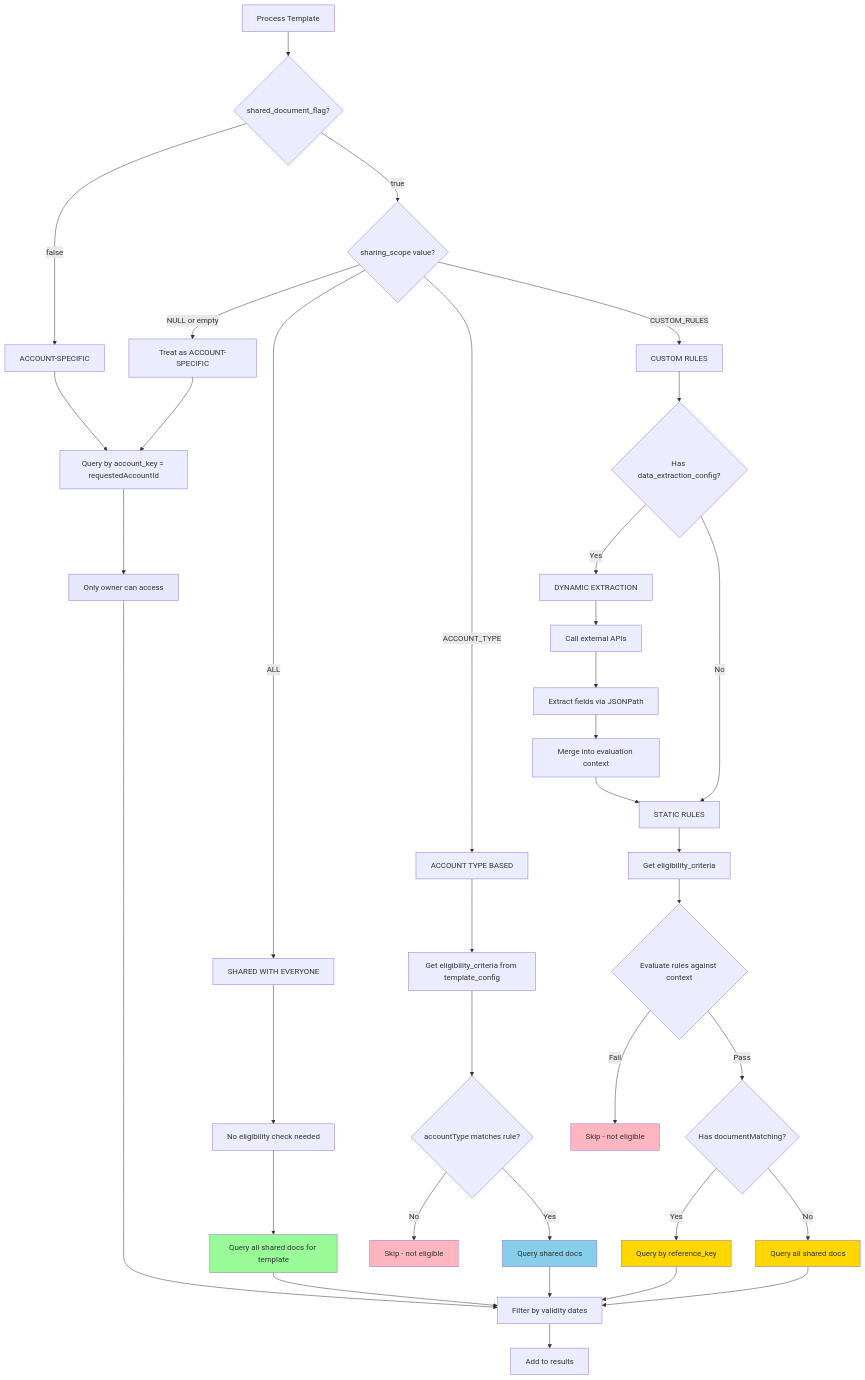
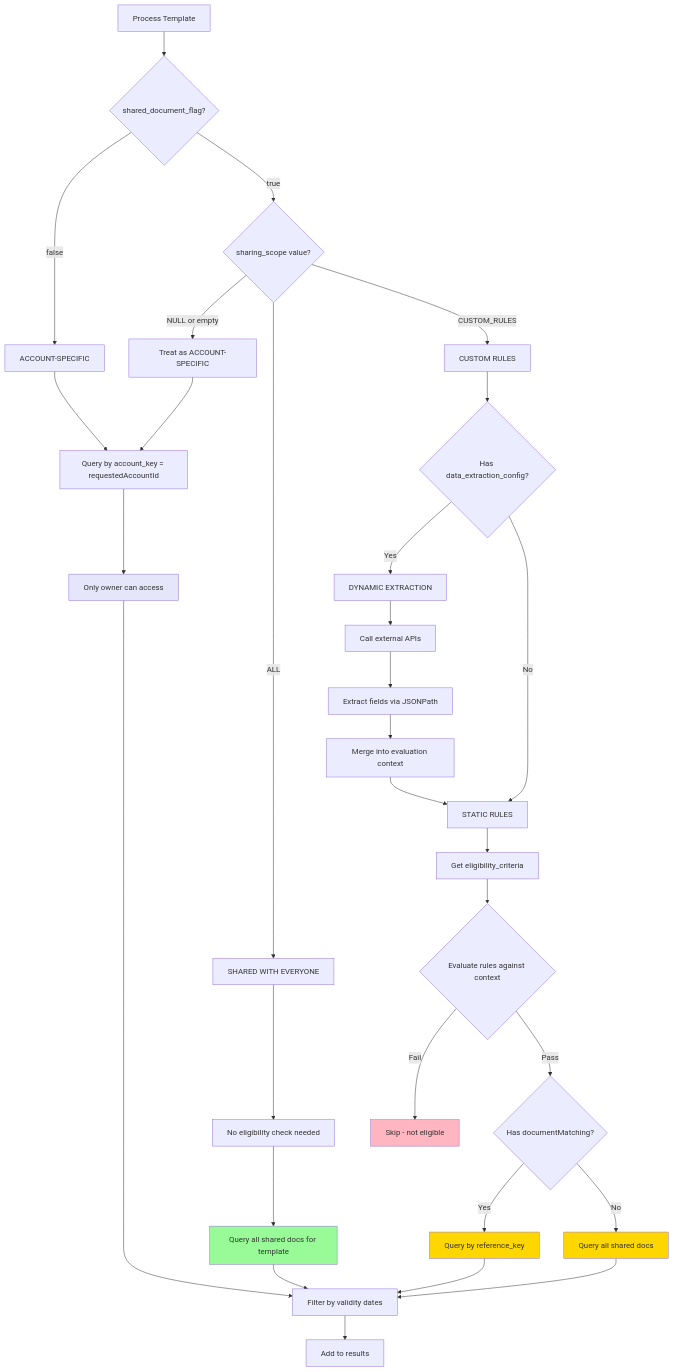
Before and after one commit to ghmd86/document-hub: the ninth of 10 diagrams in fresh-doc-hub-poc/docs/architecture/document-enquiry-flow.md, drawn with Mermaid. The commit also changed other lines of this file, not shown here.

First line of the commit message:
Update all sequence diagrams to remove ACCOUNT_TYPE

````diff
--- a/fresh-doc-hub-poc/docs/architecture/document-enquiry-flow.md
+++ b/fresh-doc-hub-poc/docs/architecture/document-enquiry-flow.md
@@ -708,57 +701,48 @@
 ```mermaid
 flowchart TD
     A[Process Template] --> B{shared_document_flag?}
 
     B -->|false| C[ACCOUNT-SPECIFIC]
     C --> C1[Query by account_key = requestedAccountId]
     C1 --> C2[Only owner can access]
 
     B -->|true| D{sharing_scope value?}
 
     D -->|NULL or empty| E[Treat as ACCOUNT-SPECIFIC]
     E --> C1
 
     D -->|ALL| F[SHARED WITH EVERYONE]
     F --> F1[No eligibility check needed]
     F1 --> F2[Query all shared docs for template]
-
-    D -->|ACCOUNT_TYPE| G[ACCOUNT TYPE BASED]
-    G --> G1[Get eligibility_criteria from template_config]
-    G1 --> G2{accountType matches rule?}
-    G2 -->|Yes| G3[Query shared docs]
-    G2 -->|No| G4[Skip - not eligible]
 
     D -->|CUSTOM_RULES| H[CUSTOM RULES]
     H --> H1{Has data_extraction_config?}
 
     H1 -->|Yes| I[DYNAMIC EXTRACTION]
     I --> I1[Call external APIs]
     I1 --> I2[Extract fields via JSONPath]
     I2 --> I3[Merge into evaluation context]
     I3 --> J
 
     H1 -->|No| J[STATIC RULES]
     J --> J1[Get eligibility_criteria]
     J1 --> J2{Evaluate rules against context}
     J2 -->|Pass| K{Has documentMatching?}
     J2 -->|Fail| L[Skip - not eligible]
 
     K -->|Yes| M[Query by reference_key]
     K -->|No| N[Query all shared docs]
 
     C2 --> O[Filter by validity dates]
     F2 --> O
-    G3 --> O
     M --> O
     N --> O
 
     O --> P[Add to results]
 
     style C2 fill:#E6E6FA
     style F2 fill:#98FB98
-    style G3 fill:#87CEEB
     style M fill:#FFD700
     style N fill:#FFD700
-    style G4 fill:#FFB6C1
     style L fill:#FFB6C1
 ```
````
